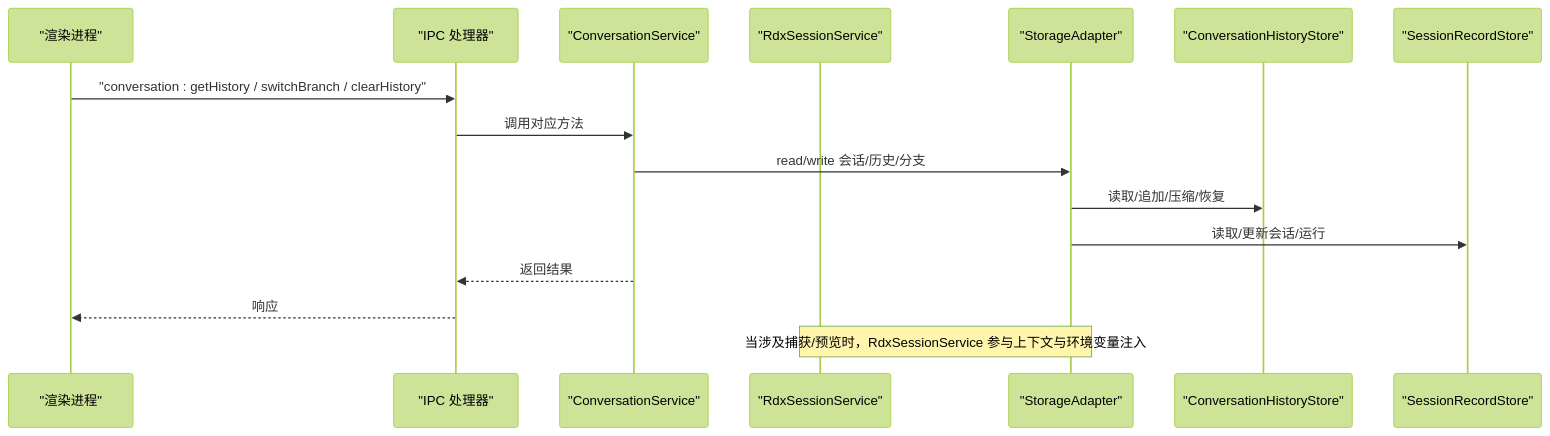
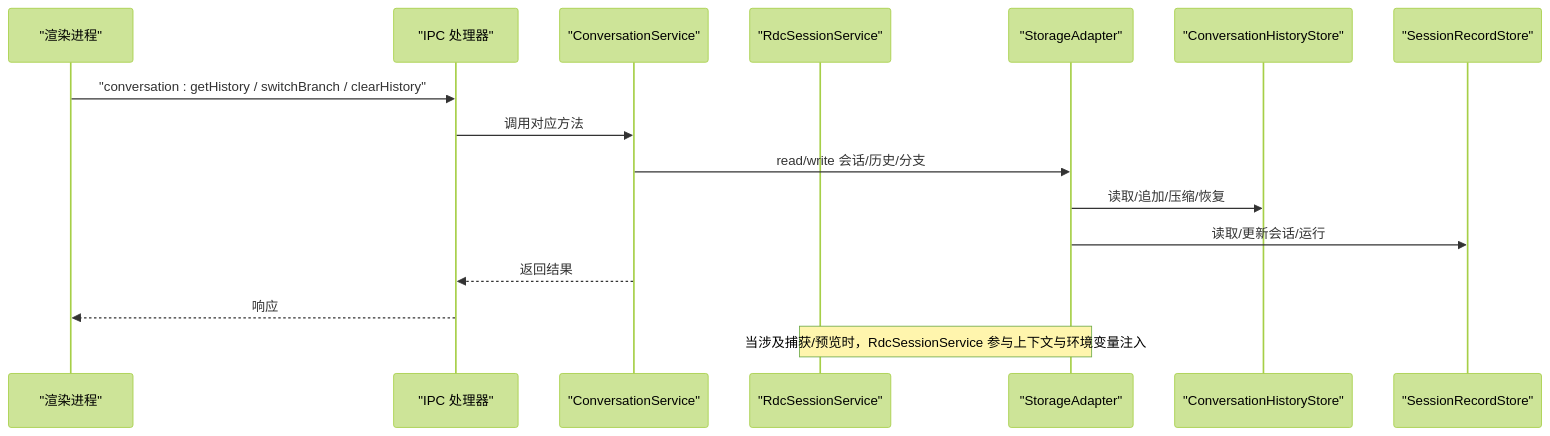
One commit to haolange/RDC-Agent changed the second of 7 diagrams in .qoder/repowiki/zh/content/架构设计/主进程架构/会话管理系统.md. Above: the diagram before and after it, drawn with Mermaid (forest theme). The commit also changed other lines of this file and 557 other files, not shown here.

````diff
--- a/.qoder/repowiki/zh/content/架构设计/主进程架构/会话管理系统.md
+++ b/.qoder/repowiki/zh/content/架构设计/主进程架构/会话管理系统.md
@@ -99,18 +99,18 @@
 ```mermaid
 sequenceDiagram
 participant UI as "渲染进程"
 participant IPC as "IPC 处理器"
 participant CS as "ConversationService"
-participant RS as "RdxSessionService"
+participant RS as "RdcSessionService"
 participant SA as "StorageAdapter"
 participant CHS as "ConversationHistoryStore"
 participant SRS as "SessionRecordStore"
 UI->>IPC : "conversation : getHistory / switchBranch / clearHistory"
 IPC->>CS : 调用对应方法
 CS->>SA : read/write 会话/历史/分支
 SA->>CHS : 读取/追加/压缩/恢复
 SA->>SRS : 读取/更新会话/运行
 CS-->>IPC : 返回结果
 IPC-->>UI : 响应
-Note over RS,SA : 当涉及捕获/预览时，RdxSessionService 参与上下文与环境变量注入
+Note over RS,SA : 当涉及捕获/预览时，RdcSessionService 参与上下文与环境变量注入
 ```
````
